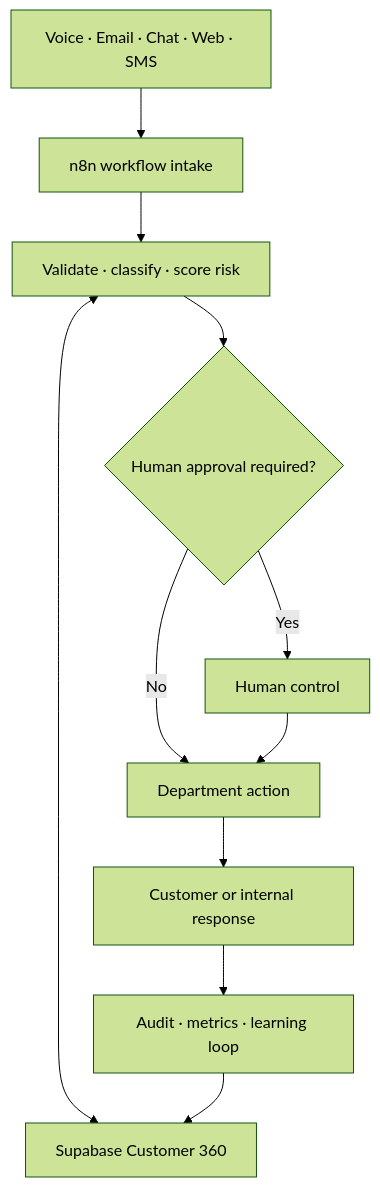
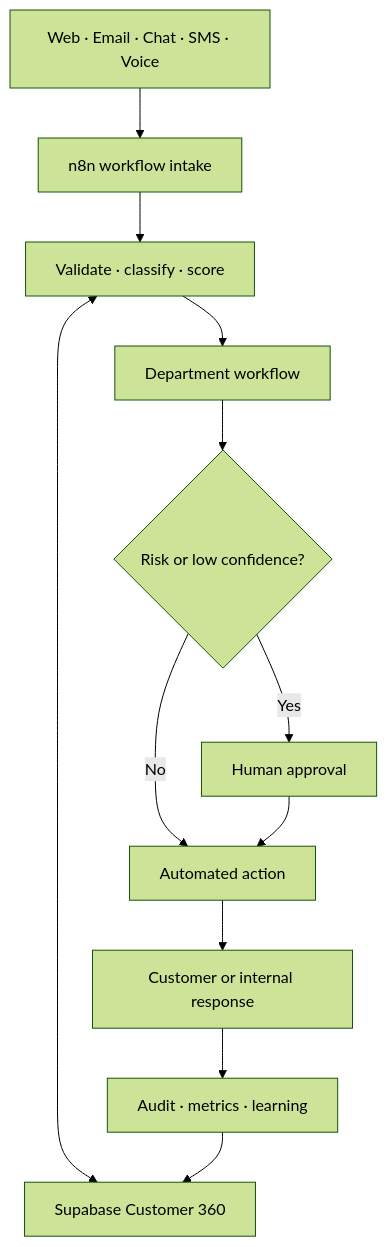
One commit to alejandrolim07-droid/omniserve-ai changed the first of 2 diagrams in README.md. Above: the diagram before and after it, drawn with Mermaid (forest theme). The commit also changed other lines of this file, not shown here.

````diff
--- a/README.md
+++ b/README.md
@@ -28,13 +77,14 @@
 ```mermaid
 flowchart TD
-  Channels["Voice · Email · Chat · Web · SMS"] --> Intake["n8n workflow intake"]
-  Intake --> Policy["Validate · classify · score risk"]
-  Policy <--> C360["Supabase Customer 360"]
-  Policy --> Gate{"Human approval required?"}
-  Gate -->|No| Action["Department action"]
-  Gate -->|Yes| Approval["Human control"]
-  Approval --> Action
-  Action --> Response["Customer or internal response"]
-  Response --> Audit["Audit · metrics · learning loop"]
+  Channels["Web · Email · Chat · SMS · Voice"] --> Intake["n8n workflow intake"]
+  Intake --> Understand["Validate · classify · score"]
+  Understand <--> C360["Supabase Customer 360"]
+  Understand --> Department["Department workflow"]
+  Department --> Gate{"Risk or low confidence?"}
+  Gate -->|No| Execute["Automated action"]
+  Gate -->|Yes| Approval["Human approval"]
+  Approval --> Execute
+  Execute --> Response["Customer or internal response"]
+  Response --> Audit["Audit · metrics · learning"]
   Audit --> C360
 ```
````
